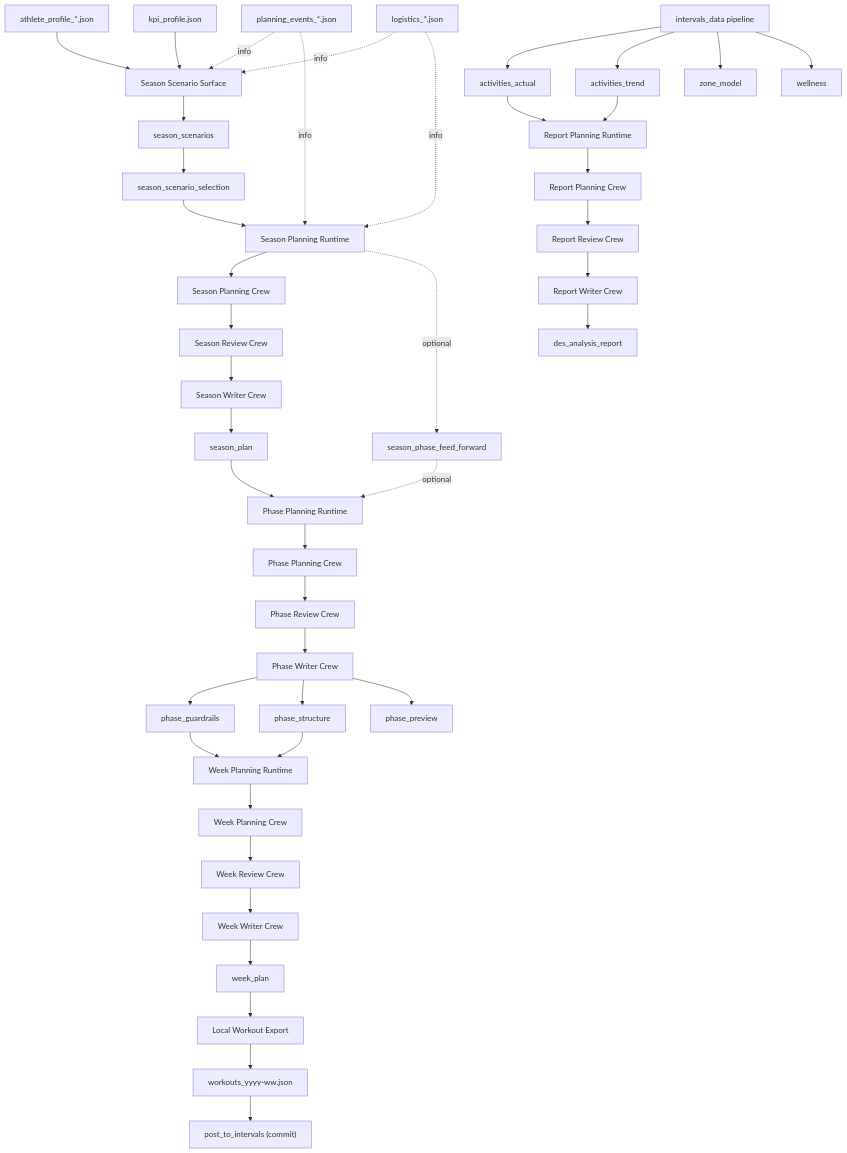
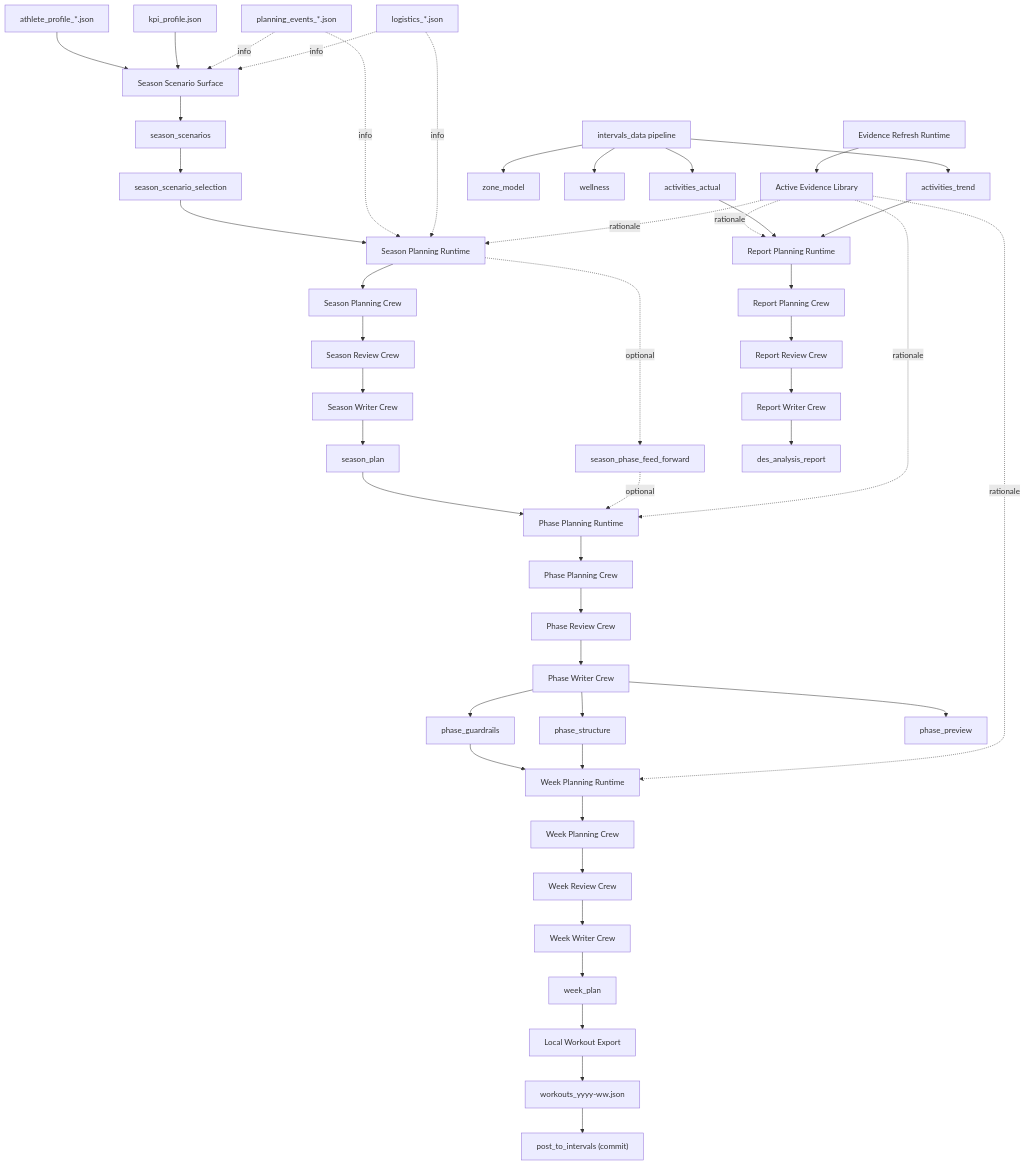
One commit to albauer-priv/RPS changed the diagram in doc/overview/how_to_plan.md. Above: the diagram before and after it, drawn with Mermaid. The commit also changed other lines of this file and 97 other files, not shown here.

Commit message:
Add evidence curation pipeline and refresh library

````diff
--- a/doc/overview/how_to_plan.md
+++ b/doc/overview/how_to_plan.md
@@ -78,48 +79,53 @@
 ```mermaid
 flowchart TD
   AP["athlete_profile_*.json"] --> SS["Season Scenario Surface"]
   KP["kpi_profile.json"] --> SS
   SS --> SC["season_scenarios"]
   SC --> SEL["season_scenario_selection"]
   SEL --> SEASON["Season Planning Runtime"]
   PE["planning_events_*.json"] -. info .-> SS
   PE -. info .-> SEASON
   LG["logistics_*.json"] -. info .-> SS
   LG -. info .-> SEASON
 
   SEASON --> SPC["Season Planning Crew"]
   SPC --> SRC["Season Review Crew"]
   SRC --> SWC["Season Writer Crew"]
   SWC --> SP["season_plan"]
   SEASON -. optional .-> SPFF["season_phase_feed_forward"]
 
   SP --> PHASE["Phase Planning Runtime"]
   SPFF -. optional .-> PHASE
   PHASE --> PPC["Phase Planning Crew"]
   PPC --> PRC["Phase Review Crew"]
   PRC --> PWC["Phase Writer Crew"]
   PWC --> PG["phase_guardrails"]
   PWC --> PS["phase_structure"]
   PWC --> PP["phase_preview"]
 
   PG --> WEEK["Week Planning Runtime"]
   PS --> WEEK
   WEEK --> WPC["Week Planning Crew"]
   WPC --> WRC["Week Review Crew"]
   WRC --> WWC["Week Writer Crew"]
   WWC --> WP["week_plan"]
   WP --> WB["Local Workout Export"]
   WB --> WJ["workouts_yyyy-ww.json"]
   WJ --> POST["post_to_intervals (commit)"]
 
   DP["intervals_data pipeline"] --> AA["activities_actual"]
   DP --> AT["activities_trend"]
   DP --> ZM["zone_model"]
   DP --> WL["wellness"]
+  ER["Evidence Refresh Runtime"] --> EVID["Active Evidence Library"]
+  EVID -. rationale .-> SEASON
+  EVID -. rationale .-> PHASE
+  EVID -. rationale .-> WEEK
+  EVID -. rationale .-> REPORT
   AA --> REPORT["Report Planning Runtime"]
   AT --> REPORT
   REPORT --> RPC["Report Planning Crew"]
   RPC --> RRC["Report Review Crew"]
   RRC --> RWC["Report Writer Crew"]
   RWC --> DR["des_analysis_report"]
 ```
````
